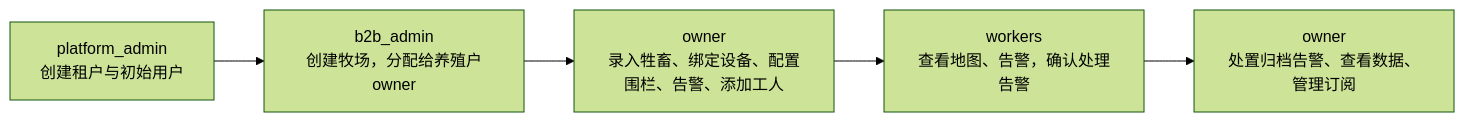
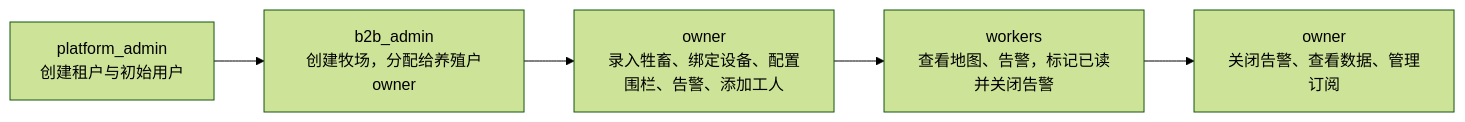
One commit to aime4eve/smart-livestock changed the second of 2 diagrams in docs/training/00-smart-livestock-solution-enablement-guide.md. Above: the diagram before and after it, drawn with Mermaid. The commit also changed other lines of this file and 10 other files, not shown here.

First line of the commit message:
docs(nix355): 培训/营销材料正文对齐 2026-11-01 基线 + telemetry 主图重生成

````diff
--- a/docs/training/00-smart-livestock-solution-enablement-guide.md
+++ b/docs/training/00-smart-livestock-solution-enablement-guide.md
@@ -188,14 +189,14 @@
 ```mermaid
 
 %%{init: {  'theme':'forest',  'themeVariables': {    'primaryColor':'#1565C0',    'primaryTextColor':'#ffffff'  } }}%% flowchart LR    
 S1["platform_admin<br/>创建租户与初始用户"]    
 S2["b2b_admin<br/>创建牧场，分配给养殖户owner"]    
 S3["owner<br/>录入牲畜、绑定设备、配置围栏、告警、添加工人"]    
-S4["workers<br/>查看地图、告警，确认处理告警"]    
-S5["owner<br/>处置归档告警、查看数据、管理订阅"]     
+S4["workers<br/>查看地图、告警，标记已读并关闭告警"]
+S5["owner<br/>关闭告警、查看数据、管理订阅"]
 S1 --> S2    
 S2 --> S3    
 S3 --> S4    
 S4 --> S5
 
 ```
````
